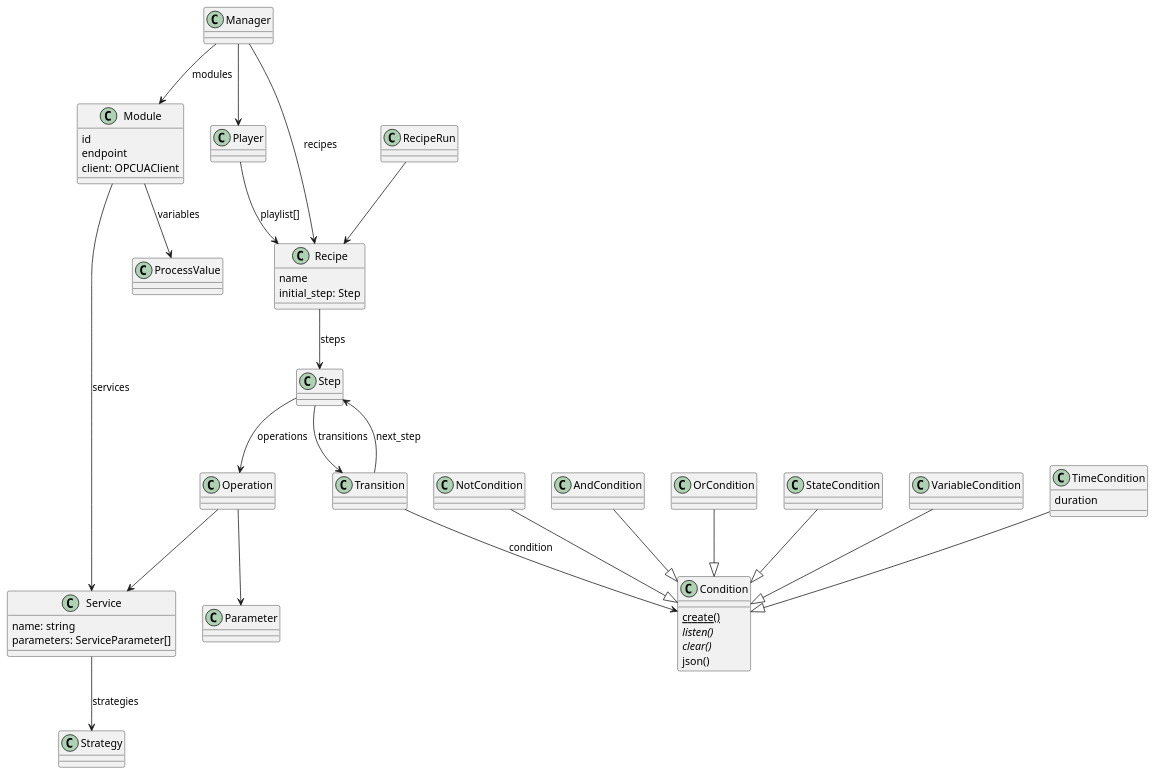
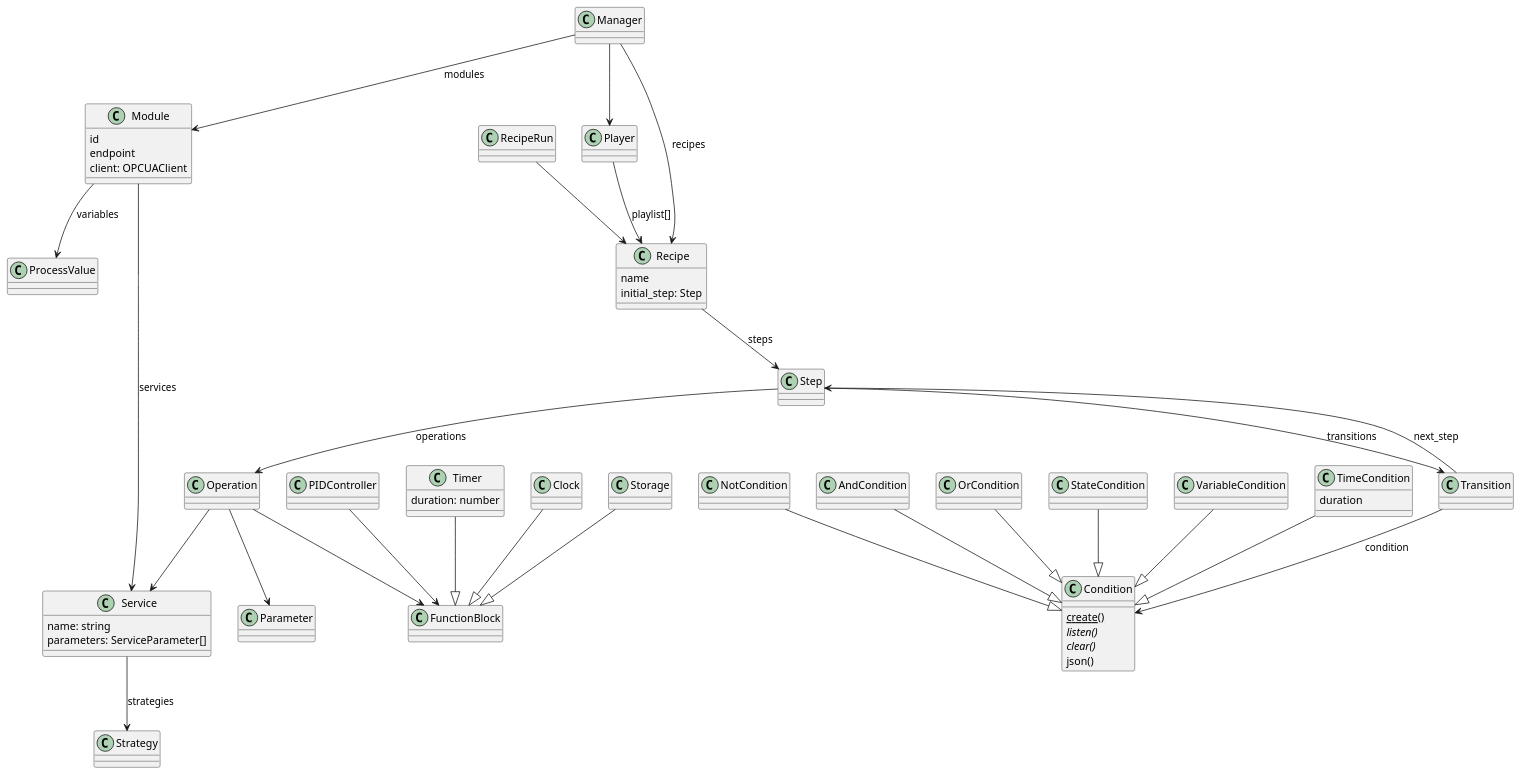
One commit to p2o-lab/polaris-backend changed the diagram in classdiagram.puml. Above: the diagram before and after it, drawn with PlantUML. The commit also changed 1 other file, not shown here.

Commit message:
introduce Funtionblocks into classdiagram

```diff
--- a/classdiagram.puml
+++ b/classdiagram.puml
@@ -1,69 +1,88 @@
 @startuml
 
 class Manager
 class Module {
     id
     endpoint
     client: OPCUAClient
 }
 class Operation
 class Parameter
 class Player
 
 Player --> Recipe : playlist[]
 class Recipe {
     name
     initial_step: Step
 }
 class RecipeRun
 RecipeRun --> Recipe
 class Service {
     name: string
     parameters: ServiceParameter[]
 }
 class ProcessValue
 class Strategy
 class Condition{
     {static} create()
     {abstract} listen()
     {abstract} clear()
     json()
 }
 
 class NotCondition
 class AndCondition
 class OrCondition
 class StateCondition
 class VariableCondition
 class TimeCondition {
     duration
 }
 
 NotCondition --|> Condition
 AndCondition --|> Condition
 OrCondition --|> Condition
 TimeCondition --|> Condition
 VariableCondition --|> Condition
 StateCondition --|> Condition
 
 
 Manager --> Module : modules
 Manager --> Recipe : recipes
 Manager --> Player
 
 Module --> Service: services
 Module --> ProcessValue : variables
 
 Service --> Strategy : strategies
 
 Recipe --> Step: steps
 Step --> Operation : operations
 Step --> Transition: transitions
 
 Transition --> Step : next_step
 Transition --> Condition: condition
 
 Operation --> Service
 Operation --> Parameter
+Operation --> FunctionBlock
 
+class FunctionBlock {
+}
+
+class Timer {
+duration: number
+}
+
+class Clock {
+}
+
+class Storage {
+}
+class PIDController {
+}
+Timer --|> FunctionBlock
+Clock --|> FunctionBlock
+Storage --|> FunctionBlock
+PIDController --> FunctionBlock
 @enduml
```
